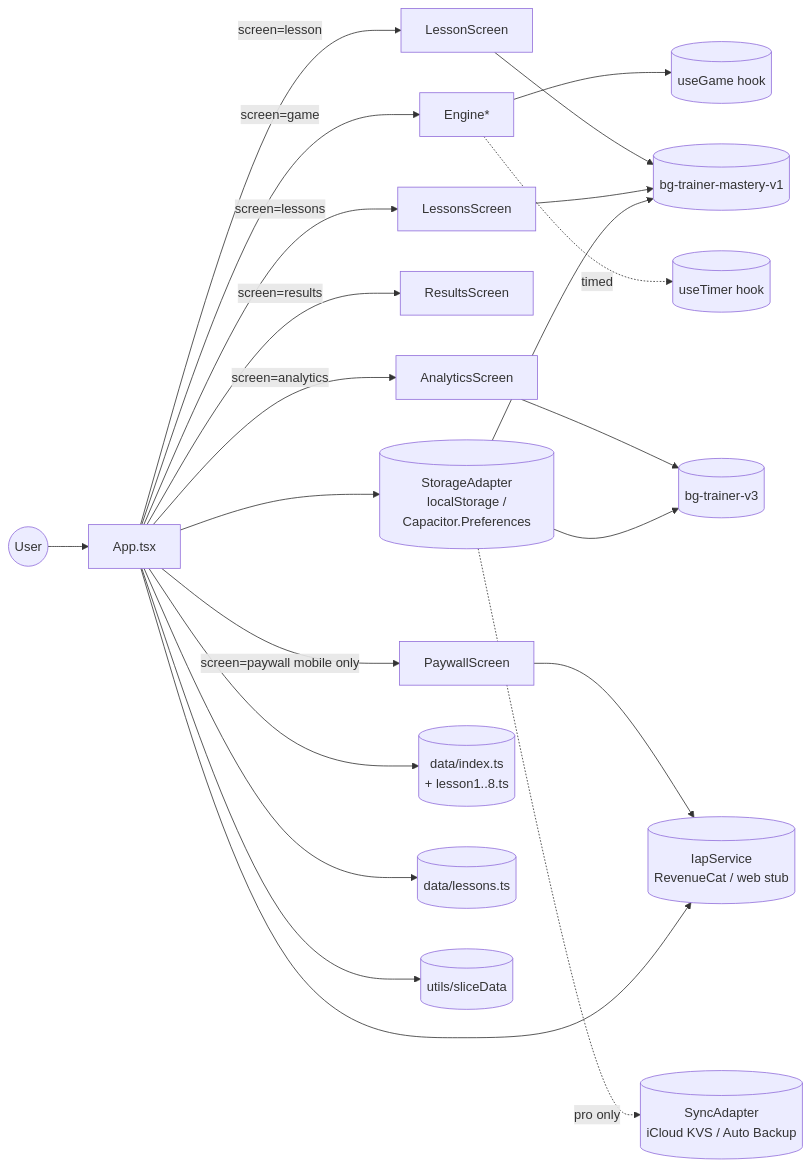
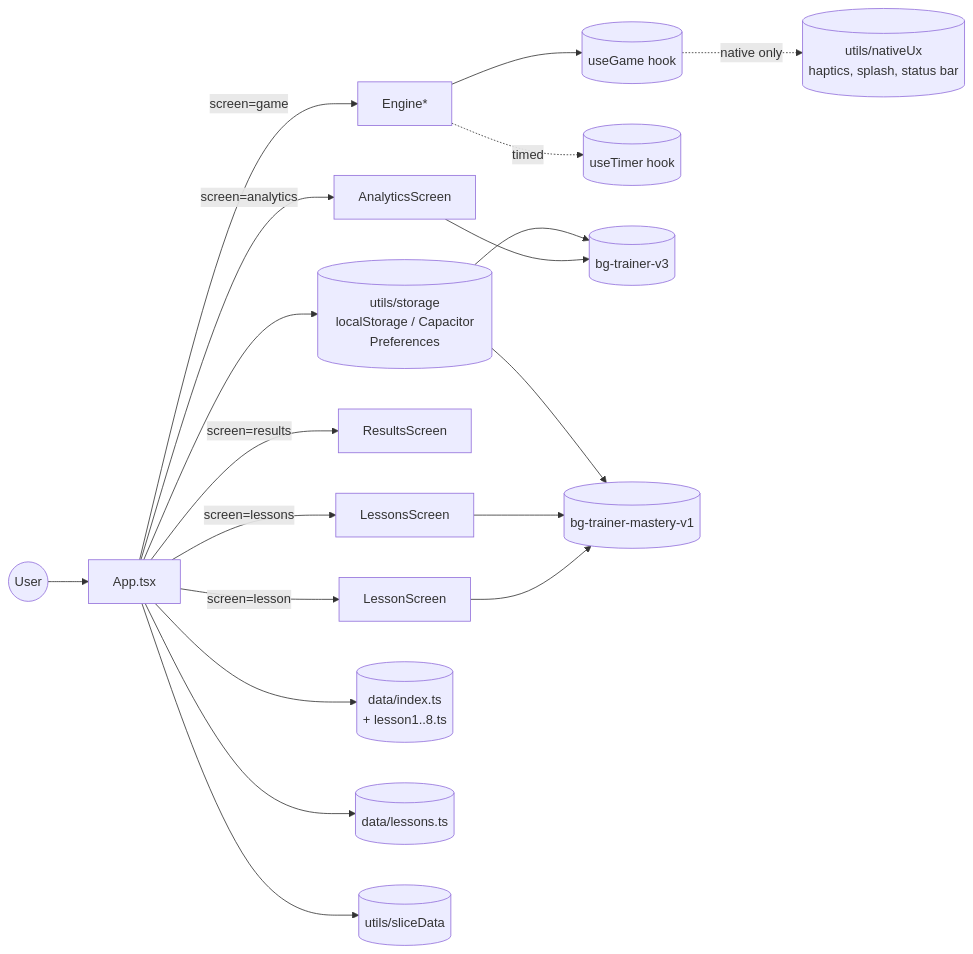
The diagram in documents/design.md (korchasa/bg-trainer), drawn with Mermaid before and after one commit. The commit also changed other lines of this file, not shown here.

First line of the commit message:
docs(sds): describe the free app instead of the dropped paid model

````diff
--- a/documents/design.md
+++ b/documents/design.md
@@ -9,24 +9,21 @@
   ```mermaid
   flowchart LR
     User((User)) --> App[App.tsx]
     App -->|screen=lessons| Lessons[LessonsScreen]
     App -->|screen=lesson| Lesson[LessonScreen]
     App -->|screen=game| Engine[Engine*]
     App -->|screen=results| Results[ResultsScreen]
     App -->|screen=analytics| Analytics[AnalyticsScreen]
-    App -->|screen=paywall mobile only| Paywall[PaywallScreen]
     Engine --> useGame[(useGame hook)]
     Engine -.timed.-> useTimer[(useTimer hook)]
-    App --> Storage[(StorageAdapter\n localStorage / Capacitor.Preferences)]
+    App --> Storage[(utils/storage\n localStorage / Capacitor Preferences)]
     Storage --> History[(bg-trainer-v3)]
     Storage --> Mastery[(bg-trainer-mastery-v1)]
-    App --> IAP[(IapService\n RevenueCat / web stub)]
-    Paywall --> IAP
-    Storage -.pro only.-> Sync[(SyncAdapter\n iCloud KVS / Auto Backup)]
+    useGame -.native only.-> NativeUx[(utils/nativeUx\n haptics, splash, status bar)]
     Analytics --> History
     Lessons --> Mastery
     Lesson --> Mastery
     App --> Data[(data/index.ts\n + lesson1..8.ts)]
     App --> LessonsData[(data/lessons.ts)]
     App --> Slice[(utils/sliceData)]
   ```
````
